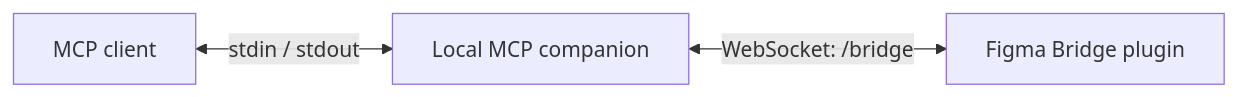
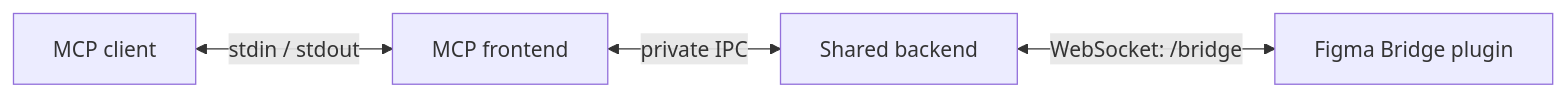
The first of 2 diagrams in README.md (2chevskii/FigmaMCP), drawn with Mermaid before and after one commit. The commit also changed other lines of this file and 29 other files, not shown here.

First line of the commit message:
feat!: share companion backend across MCP clients (#47)

````diff
--- a/README.md
+++ b/README.md
@@ -13,5 +13,5 @@
 ```mermaid
 flowchart LR
-    client[MCP client] <-->|stdin / stdout| companion[Local MCP companion]
+    client[MCP client] <-->|stdin / stdout| frontend[MCP frontend] <-->|private IPC| companion[Shared backend]
     companion <-->|WebSocket: /bridge| plugin[Figma Bridge plugin]
 ```
````
